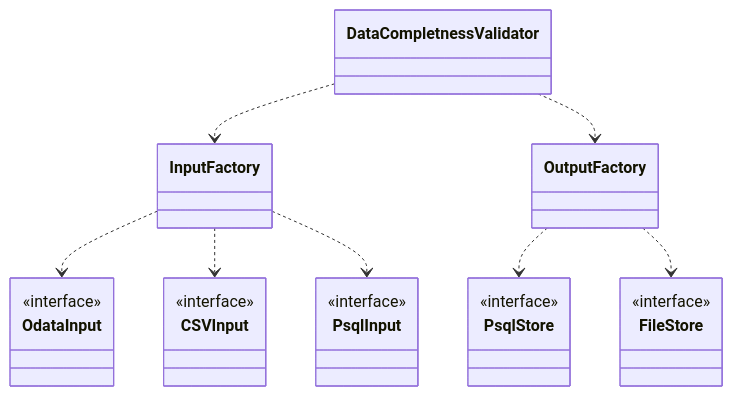
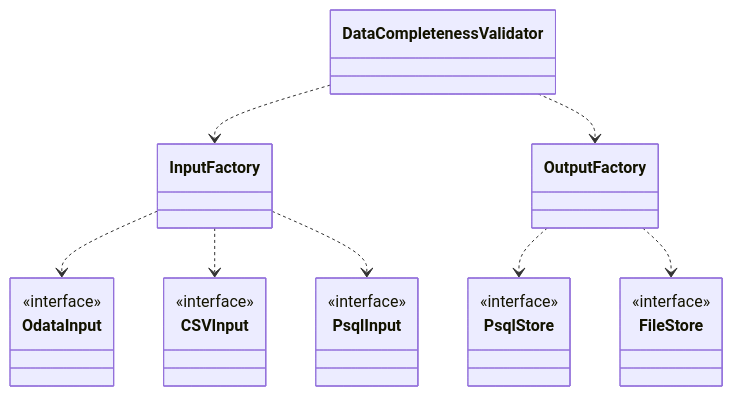
One commit to pawelmarkowski/gocloak-retry-channels changed the second of 3 diagrams in README.md. Above: the diagram before and after it, drawn with Mermaid. The commit also changed other lines of this file, not shown here.

````diff
--- a/README.md
+++ b/README.md
@@ -51,43 +51,43 @@
 ```mermaid
 classDiagram
 
 class OdataInput{
     <<interface>>
 }
 
 class CSVInput{
     <<interface>>
 }
 
 class PsqlInput{
     <<interface>>
 }
 
 class InputFactory{
     
 }
 
-class DataCompletnessValidator{
+class DataCompletenessValidator{
     
 }
 
 
 class OutputFactory {
     
 }
 
 class PsqlStore{
     <<interface>>
 }
 
 class FileStore{
     <<interface>>
 }
-DataCompletnessValidator ..> InputFactory
+DataCompletenessValidator ..> InputFactory
 InputFactory ..> OdataInput
 InputFactory ..> CSVInput
 InputFactory ..> PsqlInput
-DataCompletnessValidator ..> OutputFactory
+DataCompletenessValidator ..> OutputFactory
 OutputFactory ..> PsqlStore
 OutputFactory ..> FileStore
 ```
````
